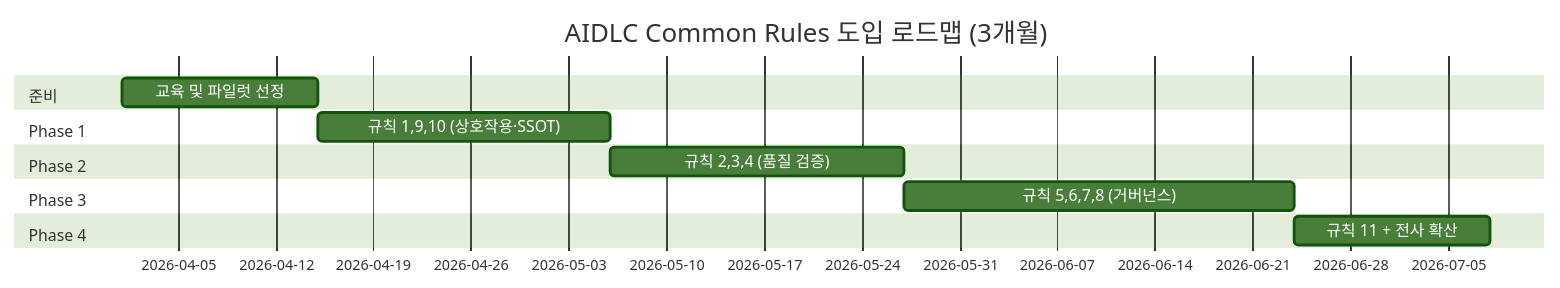
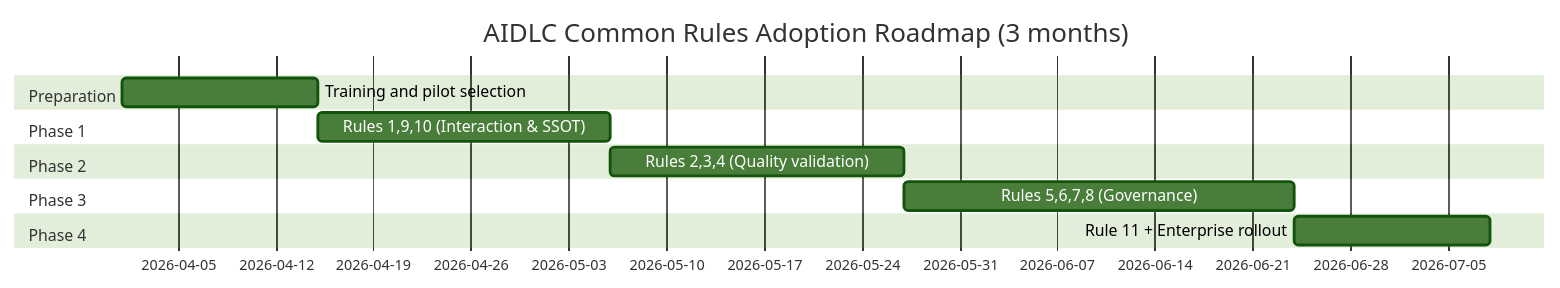
Before and after one commit to devfloor9/engineering-playbook: the second of 2 diagrams in docs/aidlc/methodology/common-rules.md, drawn with Mermaid (forest theme). The commit also changed other lines of this file and 954 other files, not shown here.

````diff
--- a/docs/aidlc/methodology/common-rules.md
+++ b/docs/aidlc/methodology/common-rules.md
@@ -559,15 +559,15 @@
 ```mermaid
 gantt
-    title AIDLC Common Rules 도입 로드맵 (3개월)
+    title AIDLC Common Rules Adoption Roadmap (3 months)
     dateFormat  YYYY-MM-DD
-    section 준비
-    교육 및 파일럿 선정        :2026-04-01, 14d
+    section Preparation
+    Training and pilot selection        :2026-04-01, 14d
     section Phase 1
-    규칙 1,9,10 (상호작용·SSOT) :2026-04-15, 21d
+    Rules 1,9,10 (Interaction & SSOT) :2026-04-15, 21d
     section Phase 2
-    규칙 2,3,4 (품질 검증)       :2026-05-06, 21d
+    Rules 2,3,4 (Quality validation)       :2026-05-06, 21d
     section Phase 3
-    규칙 5,6,7,8 (거버넌스)      :2026-05-27, 28d
+    Rules 5,6,7,8 (Governance)      :2026-05-27, 28d
     section Phase 4
-    규칙 11 + 전사 확산          :2026-06-24, 14d
+    Rule 11 + Enterprise rollout          :2026-06-24, 14d
 ```
````
